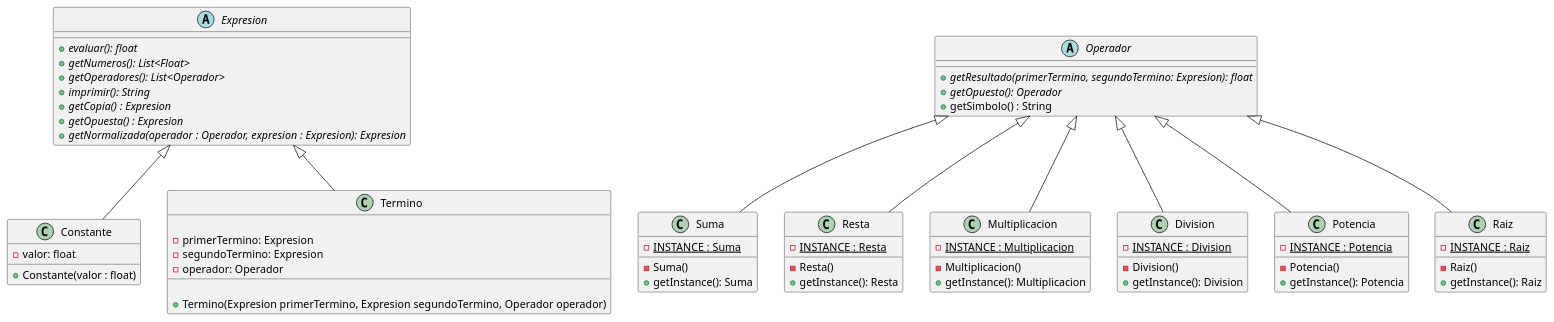
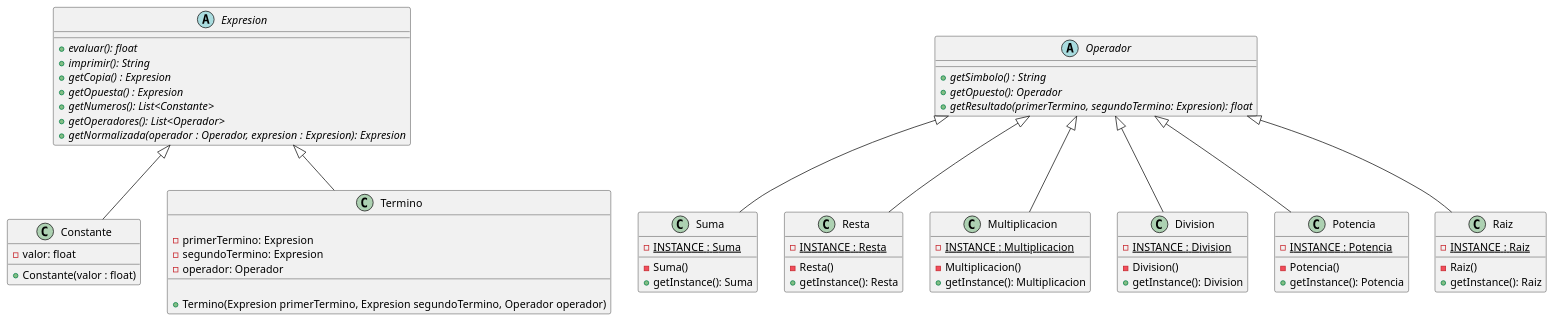
The diagram in T1/E1/classDiaagram.puml (iroumec/Ingenieria-Software-I), drawn with PlantUML before and after one commit. The commit also changed 21 other files, not shown here.

```diff
--- a/T1/E1/classDiaagram.puml
+++ b/T1/E1/classDiaagram.puml
@@ -1,77 +1,77 @@
 @startuml T1E1
 
 abstract class Expresion {
 	+ {abstract} evaluar(): float
-	+ {abstract} getNumeros(): List<Float>
-	+ {abstract} getOperadores(): List<Operador>
 	+ {abstract} imprimir(): String
 	+ {abstract} getCopia() : Expresion
 	+ {abstract} getOpuesta() : Expresion
+    + {abstract} getNumeros(): List<Constante>
+	+ {abstract} getOperadores(): List<Operador>
 	+ {abstract} getNormalizada(operador : Operador, expresion : Expresion): Expresion
 }
 
 Expresion <|-- Constante
 class Constante {
 	- valor: float
 	+ Constante(valor : float)
 }
     
 Expresion <|-- Termino
 class Termino {
 	{field}
 	- primerTermino: Expresion
 	- segundoTermino: Expresion
 	- operador: Operador
 	{method}
 	+ Termino(Expresion primerTermino, Expresion segundoTermino, Operador operador)
 }
     
 abstract class Operador {
-    + {method} {abstract} getResultado(primerTermino, segundoTermino: Expresion): float
-    + {method} {abstract} getOpuesto(): Operador
-    + {method} getSimbolo() : String
+    + {abstract} getSimbolo() : String
+    + {abstract} getOpuesto(): Operador
+    + {abstract} getResultado(primerTermino, segundoTermino: Expresion): float
 }
     
 Operador <|-- Suma
 class Suma {
     - {field} {static} INSTANCE : Suma
     - {method} Suma()
     + {method} getInstance(): Suma
 }
     
 Operador <|-- Resta
 class Resta {
     - {field} {static} INSTANCE : Resta
     - {method} Resta()
     + {method} getInstance(): Resta
 }
 
 Operador <|-- Multiplicacion
 class Multiplicacion {
 	- {field} {static} INSTANCE : Multiplicacion
     - {method} Multiplicacion()
     + {method} getInstance(): Multiplicacion
 }
     
 Operador <|-- Division
 class Division {
     - {field} {static} INSTANCE : Division
     - {method} Division()
     + {method} getInstance(): Division
 }
 
 Operador <|-- Potencia
 class Potencia {
     - {field} {static} INSTANCE : Potencia
     - {method} Potencia()
     + {method} getInstance(): Potencia
 }
 
 Operador <|-- Raiz
 class Raiz {
     - {field} {static} INSTANCE : Raiz
     - {method} Raiz()
     + {method} getInstance(): Raiz
 }
 
 @enduml
```
